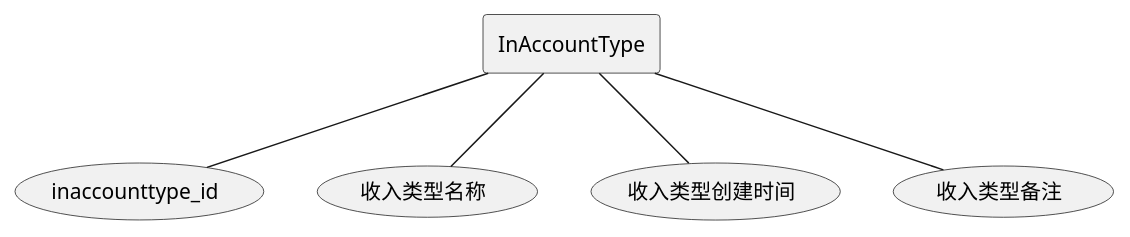
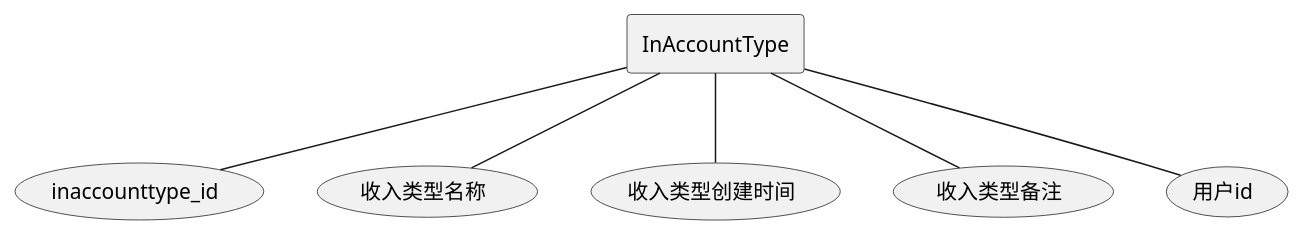
One commit to xiaokangxxs/notebook changed diagram 12 of 30 in docs/UML/plantuml.md. Above: the diagram before and after it, drawn with PlantUML. The commit also changed other lines of this file and 2 other files, not shown here.

Commit message:
update hadoop-ha and update familyaccount-plantuml

````diff
--- a/docs/UML/plantuml.md
+++ b/docs/UML/plantuml.md
@@ -253,9 +247,10 @@
 ```plantuml
 @startuml
 rectangle InAccountType
 InAccountType -- (inaccounttype_id)
 InAccountType -- (收入类型名称)
 InAccountType -- (收入类型创建时间)
 InAccountType -- (收入类型备注)
+InAccountType -- (用户id)
 @enduml
 ```
````
